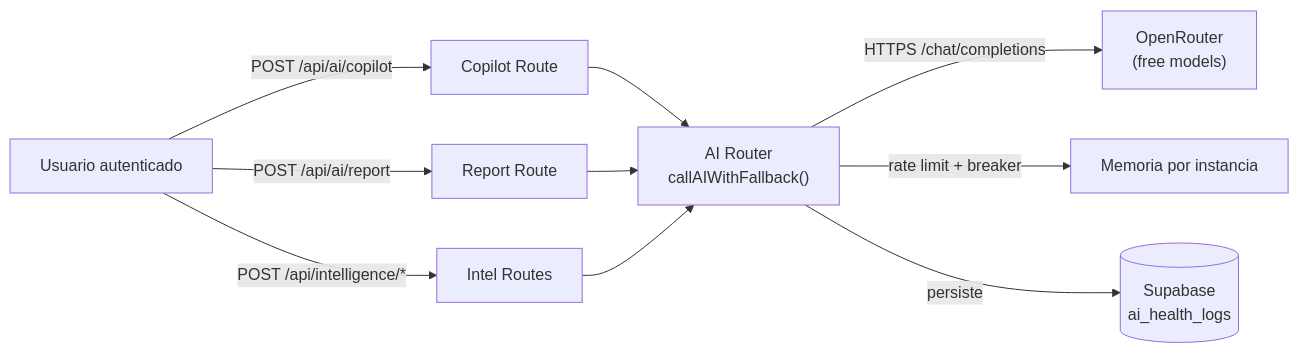
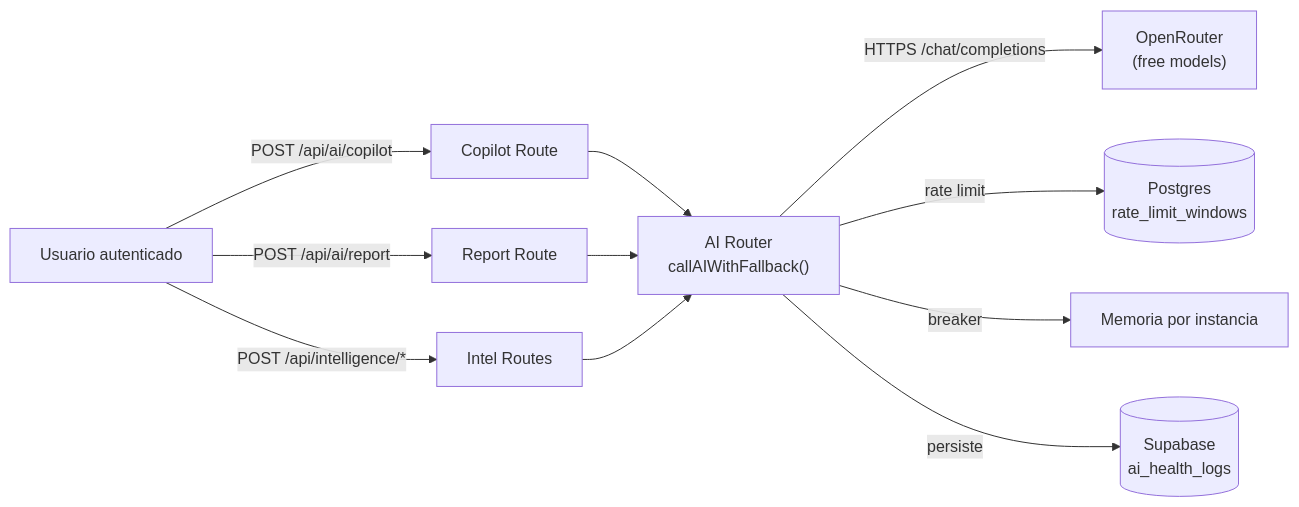
One commit to StrategicConnex/StrategicConnexAudit changed the second of 4 diagrams in docs/architecture/AI-ROUTER-TDD.md. Above: the diagram before and after it, drawn with Mermaid. The commit also changed 19 other files, not shown here.

First line of the commit message:
feat(security): rate limit distribuido en Postgres (ADR-002 enm. 15)

````diff
--- a/docs/architecture/AI-ROUTER-TDD.md
+++ b/docs/architecture/AI-ROUTER-TDD.md
@@ -204,12 +204,13 @@
 ```mermaid
 flowchart LR
     U["Usuario autenticado"] -->|"POST /api/ai/copilot"| R1["Copilot Route"]
     U -->|"POST /api/ai/report"| R2["Report Route"]
     U -->|"POST /api/intelligence/*"| R3["Intel Routes"]
     R1 --> AR["AI Router<br/>callAIWithFallback()"]
     R2 --> AR
     R3 --> AR
     AR -->|"HTTPS /chat/completions"| OR["OpenRouter<br/>(free models)"]
-    AR -->|"rate limit + breaker"| MEM["Memoria por instancia"]
+    AR -->|"rate limit"| RL[("Postgres<br/>rate_limit_windows")]
+    AR -->|"breaker"| MEM["Memoria por instancia"]
     AR -->|"persiste"| DB[("Supabase<br/>ai_health_logs")]
 ```
````
